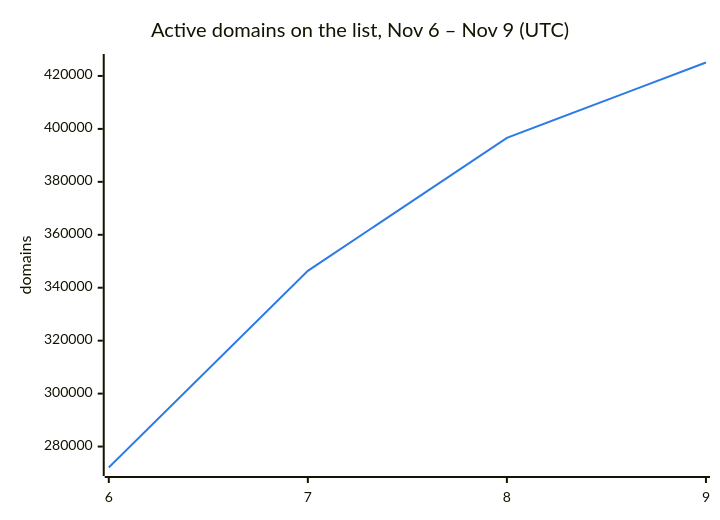
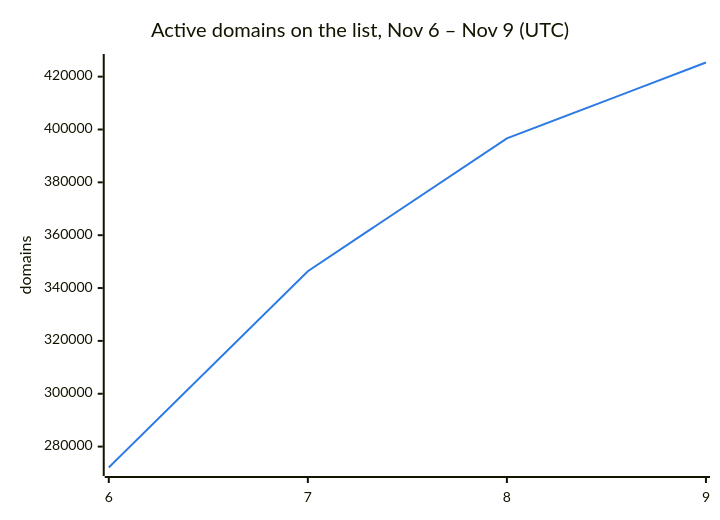
One commit to DNSBunker/CTI changed the second of 3 diagrams in README.md. Above: the diagram before and after it, drawn with Mermaid. The commit also changed other lines of this file and 3 other files, not shown here.

````diff
--- a/README.md
+++ b/README.md
@@ -38,8 +38,8 @@
 ```mermaid
 %%{init: {"themeVariables": {"xyChart": {"plotColorPalette": "#2c7be5"}}}}%%
 xychart-beta
     title "Active domains on the list, Nov 6 – Nov 9 (UTC)"
     x-axis ["6", "7", "8", "9"]
     y-axis "domains"
-    line [272088, 346388, 396638, 425081]
+    line [272088, 346388, 396638, 425354]
 ```
````
